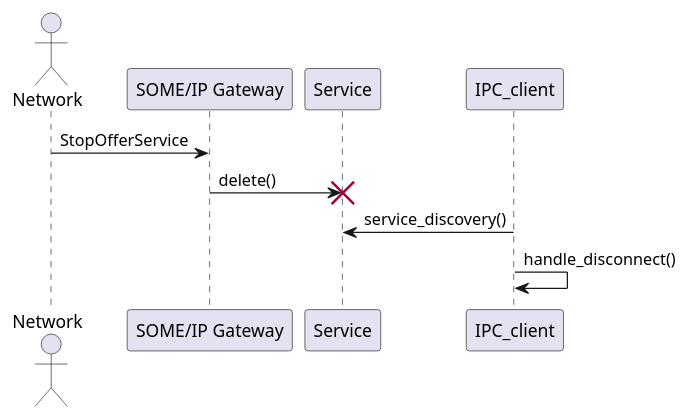
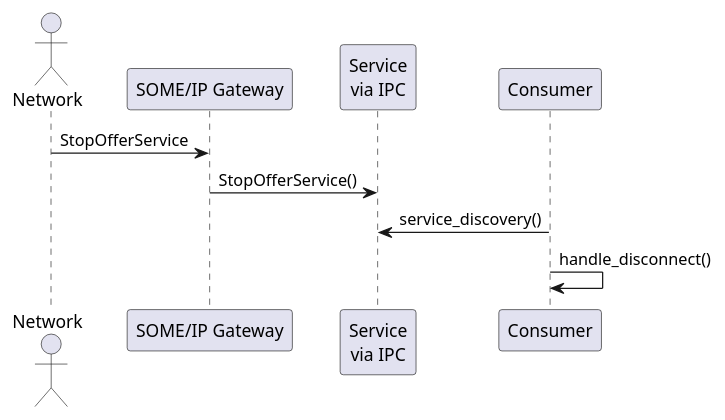
Before and after one commit to ZoranCutura/score: the fourth of 6 diagrams in docs/features/communication/some_ip_gateway/service_discovery/index.rst, drawn with PlantUML. The commit also changed other lines of this file, not shown here.

```diff
--- a/docs/features/communication/some_ip_gateway/service_discovery/index.rst
+++ b/docs/features/communication/some_ip_gateway/service_discovery/index.rst
@@ -118,14 +125,14 @@
 .. uml::
    :alt: Gateway receives StopOfferService from the network
 
    @startuml
    actor "Network" as Network
    participant "SOME/IP Gateway" as Someipgateway
-   participant "Service" as Service
-   participant "IPC_client" as IPC_client
+   participant "Service\nvia IPC" as Service
+   participant "Consumer" as IPC_client
 
    Network -> Someipgateway: StopOfferService
-   Someipgateway -> Service !! : delete()
+   Someipgateway -> Service: StopOfferService()
    IPC_client -> Service: service_discovery()
    IPC_client -> IPC_client: handle_disconnect()
    @enduml
```
